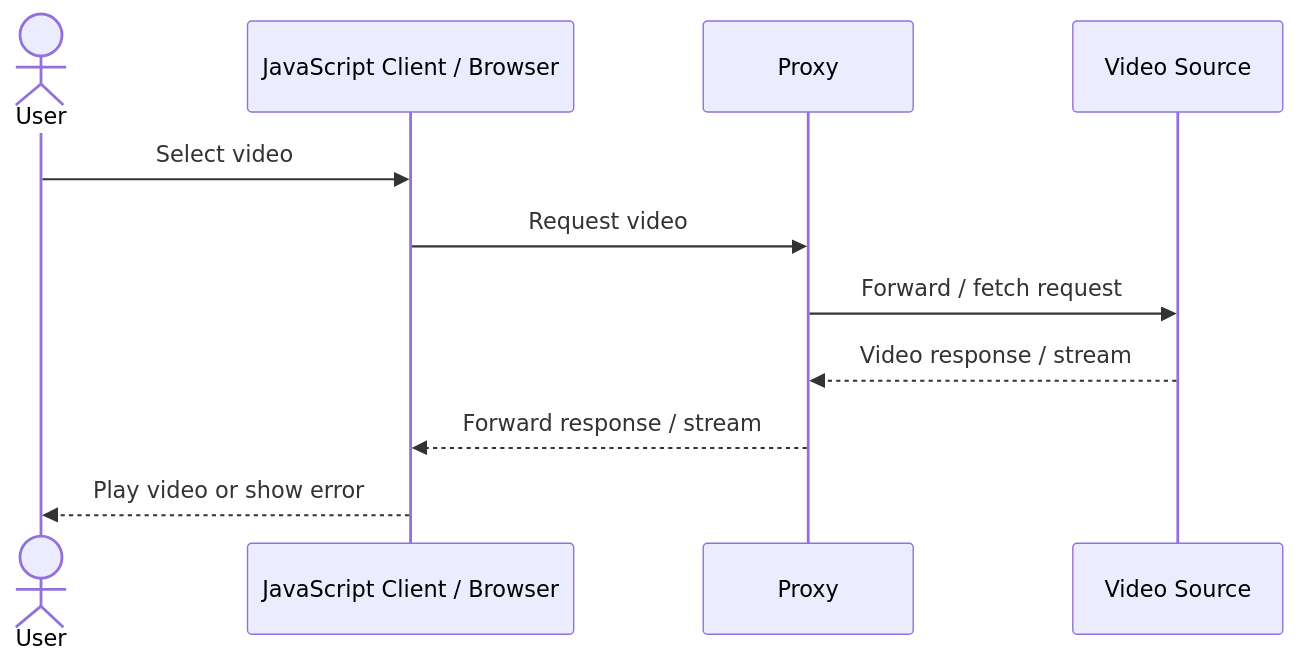
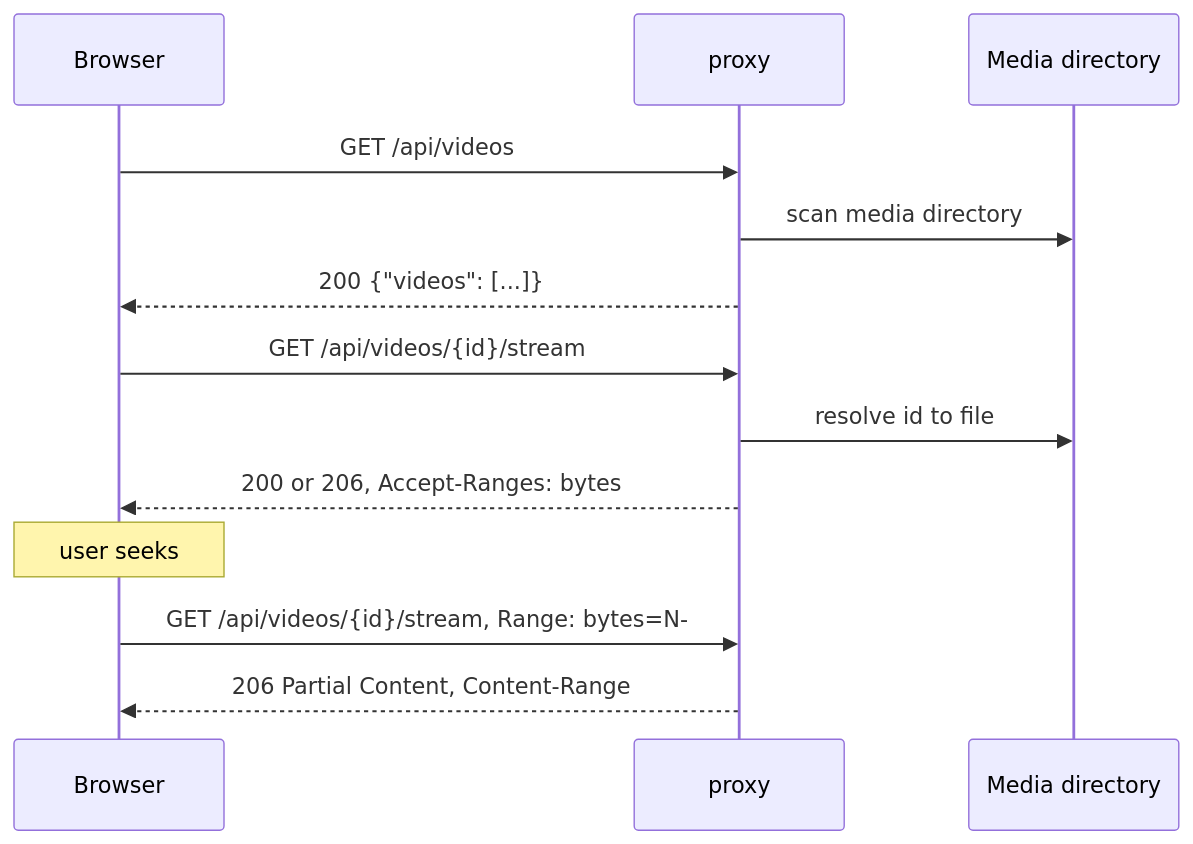
The second of 2 diagrams in docs/architecture.md (Distributed-Video-Streaming/distributed-video-streaming), drawn with Mermaid before and after one commit. The commit also changed other lines of this file and 1 other file, not shown here.

Commit message:
Add architecture md sprint 2

````diff
--- a/docs/architecture.md
+++ b/docs/architecture.md
@@ -69,13 +50,15 @@
 ```mermaid
 sequenceDiagram
-    actor User
-    participant Client as JavaScript Client / Browser
-    participant Proxy
-    participant Source as Video Source
-    User->>Client: Select video
-    Client->>Proxy: Request video
-    Proxy->>Source: Forward / fetch request
-    Source-->>Proxy: Video response / stream
-    Proxy-->>Client: Forward response / stream
-    Client-->>User: Play video or show error
+  participant U as Browser
+  participant P as proxy
+  participant F as Media directory
+  U->>P: GET /api/videos
+  P->>F: scan media directory
+  P-->>U: 200 {"videos": [...]}
+  U->>P: GET /api/videos/{id}/stream
+  P->>F: resolve id to file
+  P-->>U: 200 or 206, Accept-Ranges: bytes
+  Note over U: user seeks
+  U->>P: GET /api/videos/{id}/stream, Range: bytes=N-
+  P-->>U: 206 Partial Content, Content-Range
 ```
````
